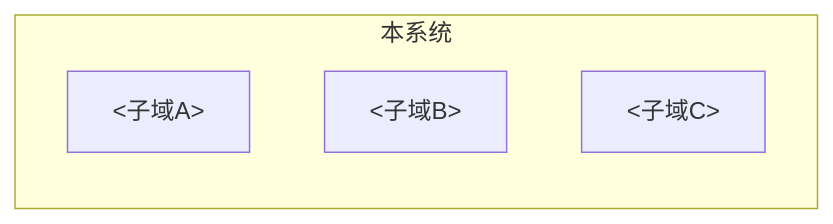
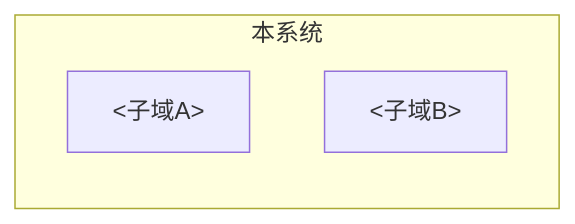
Before and after one commit to guanwenbo/pi-workflow: the fifth of 9 diagrams in docs/templates/03-design.md, drawn with Mermaid. The commit also changed other lines of this file and 6 other files, not shown here.

````diff
--- a/docs/templates/03-design.md
+++ b/docs/templates/03-design.md
@@ -92,8 +69,7 @@
 ```mermaid
 flowchart LR
   subgraph 本系统
-    A[<子域A>] 
+    A[<子域A>]
     B[<子域B>]
-    C[<子域C>]
   end
 ```
````
